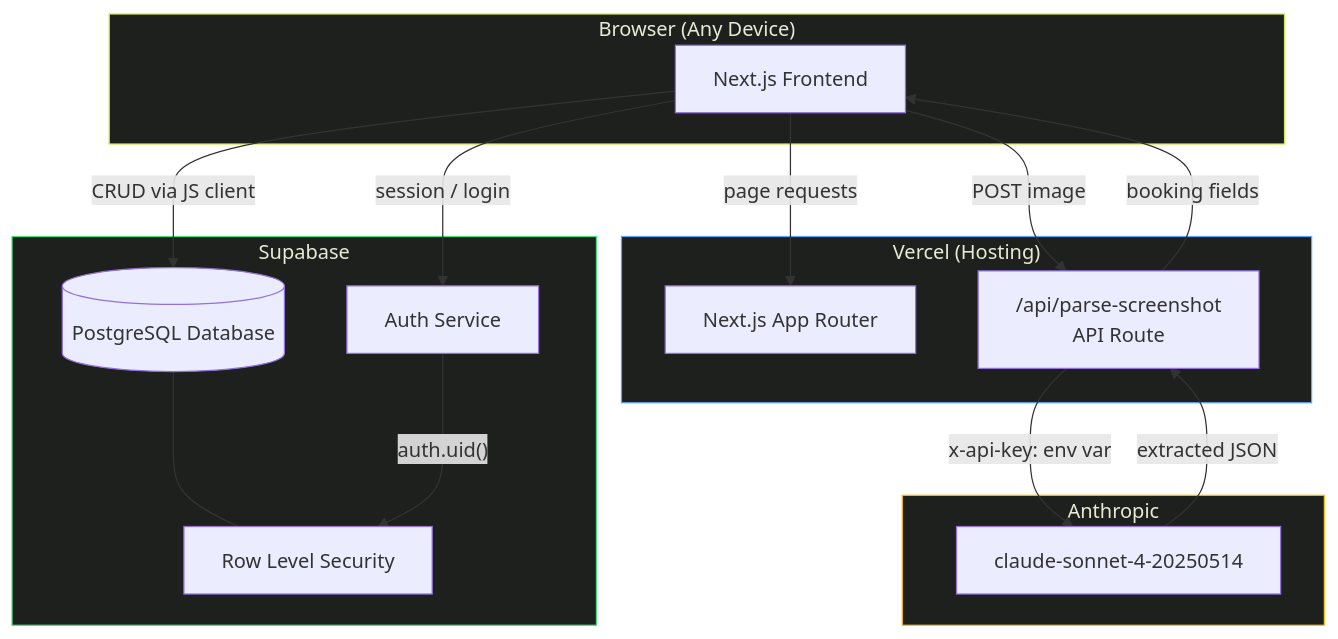
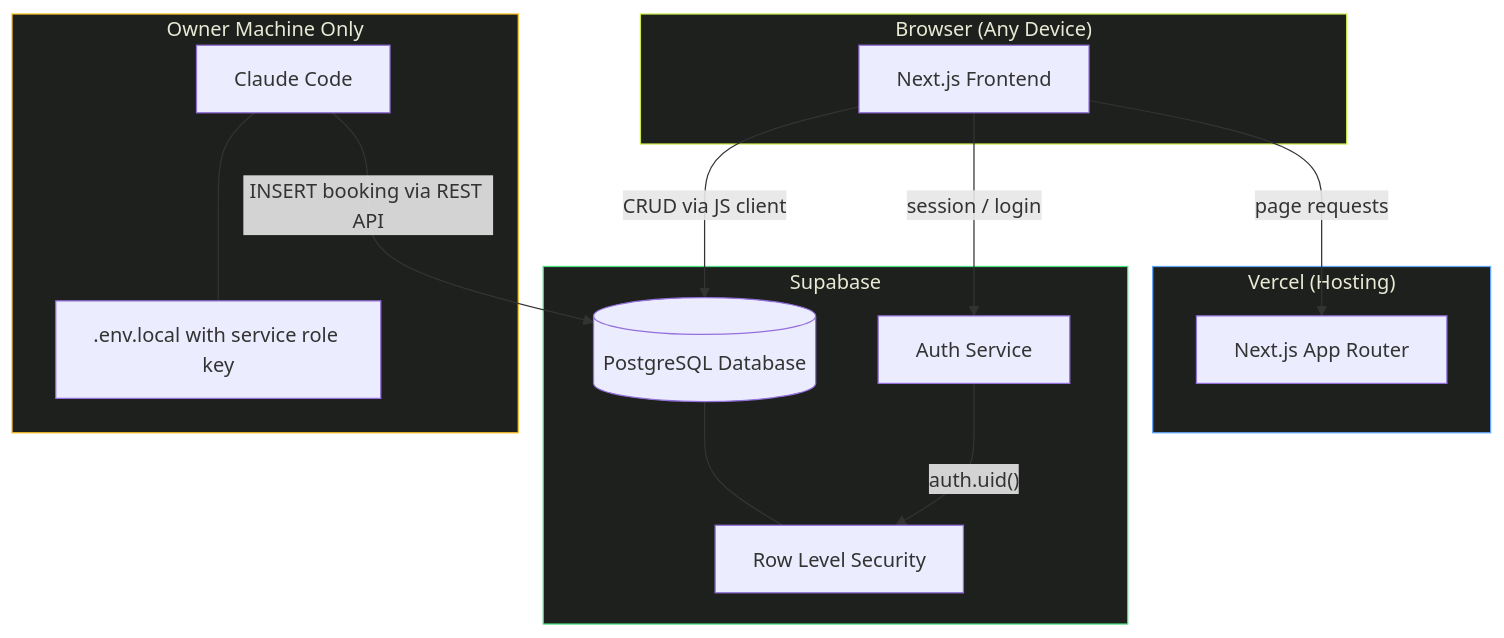
The first of 13 diagrams in PLANNING.md (wongjinar-ai/expample), drawn with Mermaid before and after one commit. The commit also changed other lines of this file and 3 other files, not shown here.

First line of the commit message:
Replace in-app AI parsing with /new-booking Claude Code slash command

````diff
--- a/PLANNING.md
+++ b/PLANNING.md
@@ -68,36 +71,34 @@
 ```mermaid
 graph TB
     subgraph Client["Browser (Any Device)"]
         UI[Next.js Frontend]
     end
 
     subgraph Vercel["Vercel (Hosting)"]
         APP[Next.js App Router]
-        API["/api/parse-screenshot\nAPI Route"]
     end
 
     subgraph Supabase["Supabase"]
         AUTH[Auth Service]
         DB[(PostgreSQL Database)]
         RLS[Row Level Security]
     end
 
-    subgraph Anthropic["Anthropic"]
-        CLAUDE[claude-sonnet-4-20250514]
+    subgraph Local["Owner Machine Only"]
+        CC[Claude Code]
+        ENV2[".env.local with service role key"]
     end
 
     UI -->|"page requests"| APP
     UI -->|"CRUD via JS client"| DB
     UI -->|"session / login"| AUTH
-    UI -->|"POST image"| API
-    API -->|"x-api-key: env var"| CLAUDE
-    CLAUDE -->|"extracted JSON"| API
-    API -->|"booking fields"| UI
+    CC -->|"INSERT booking via REST API"| DB
+    CC --- ENV2
     DB --- RLS
     AUTH -->|"auth.uid()"| RLS
 
     style Client fill:#1e201d,stroke:#c8e84a,color:#e8ead5
     style Vercel fill:#1e201d,stroke:#60a5fa,color:#e8ead5
     style Supabase fill:#1e201d,stroke:#4ade80,color:#e8ead5
-    style Anthropic fill:#1e201d,stroke:#fbbf24,color:#e8ead5
+    style Local fill:#1e201d,stroke:#fbbf24,color:#e8ead5
 ```
````
